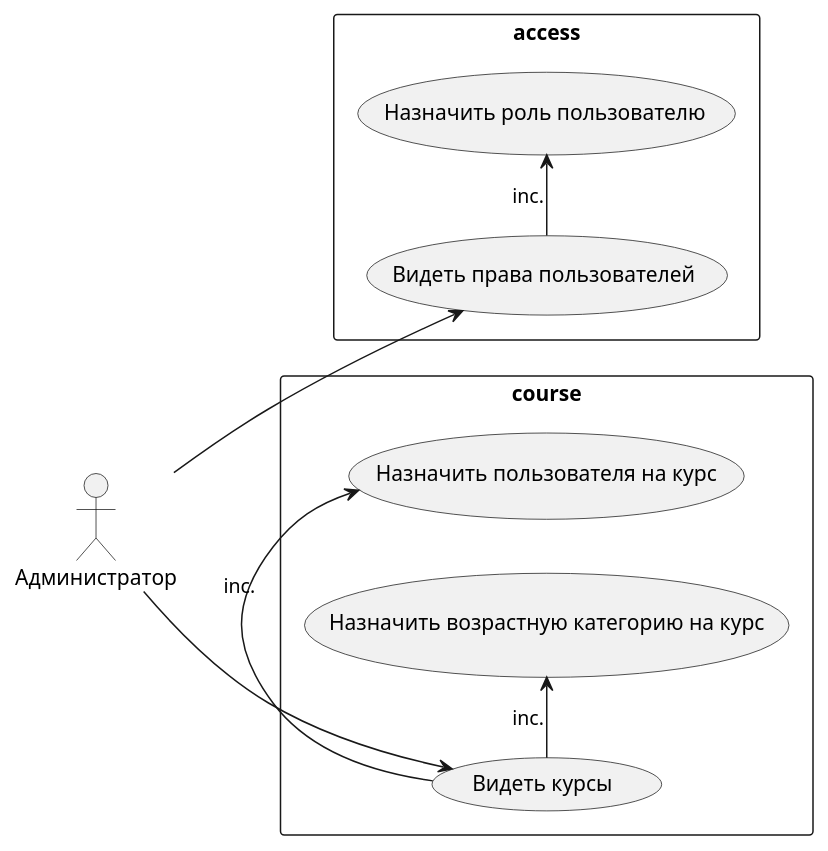
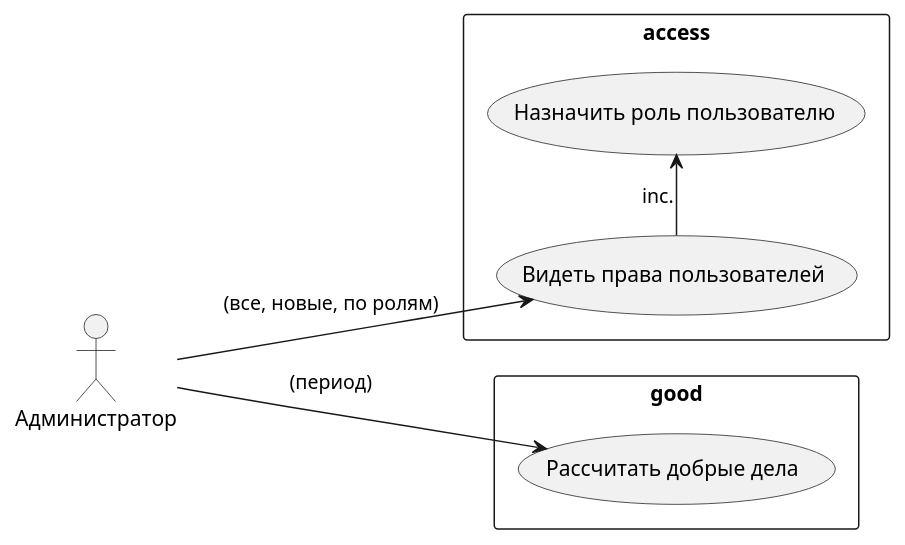
Before and after one commit to karpoftea/mts-kata-2023: the fourth of 5 diagrams in docs/requirements/requirements.md, drawn with PlantUML. The commit also changed other lines of this file and 1 other file, not shown here.

````diff
--- a/docs/requirements/requirements.md
+++ b/docs/requirements/requirements.md
@@ -186,26 +187,22 @@
 ```plantuml
 @startuml
 
 left to right direction
 
 actor "Администратор" as admin
 
 rectangle access {
   usecase "Видеть права пользователей" as UC51
   usecase "Назначить роль пользователю" as UC52
 }
 
-rectangle course {
-  usecase "Видеть курсы" as UC53
-  usecase "Назначить пользователя на курс" as UC54
-  usecase "Назначить возрастную категорию на курс" as UC55
+rectangle good {
+  usecase "Рассчитать добрые дела" as UC53
 }
 
-admin --> UC51
+admin --> UC51 : (все, новые, по ролям)
 UC51 -> UC52 : inc.
-admin --> UC53
-UC53 -> UC54 : inc.
-UC53 -> UC55 : inc.
+admin --> UC53 : (период)
 
 @enduml
 ```
````
